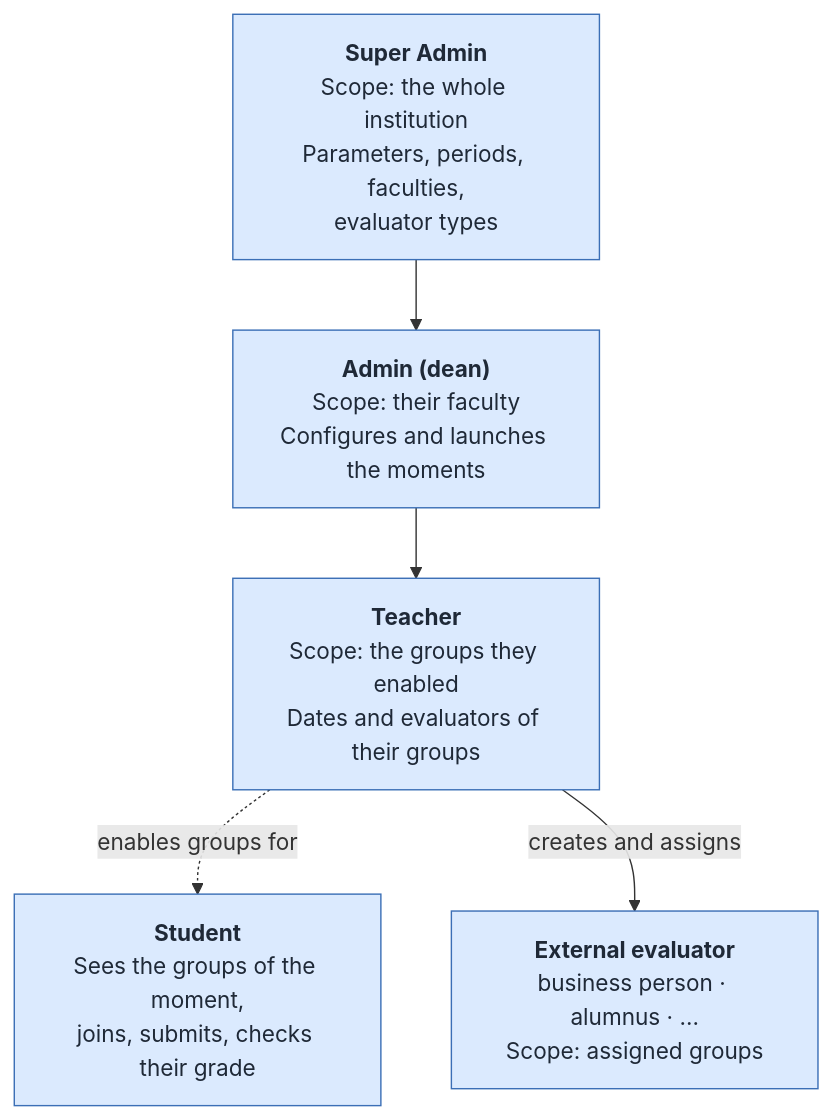
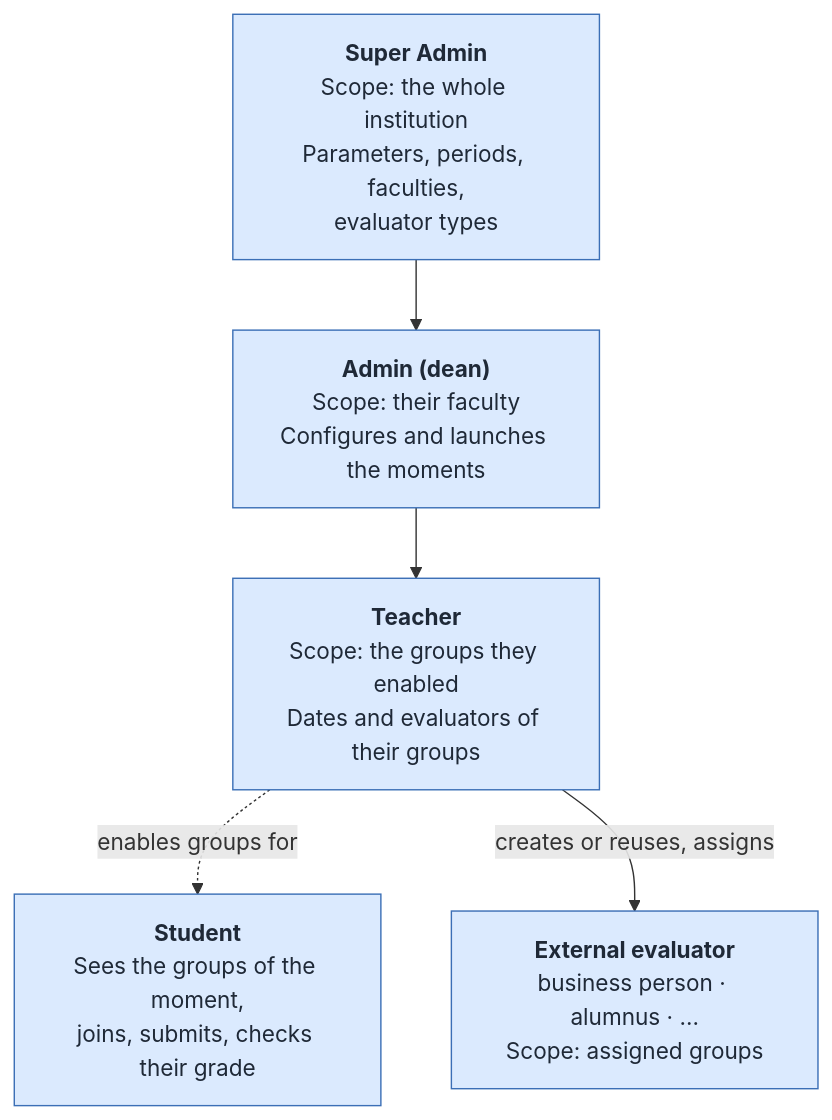
One commit to Oskarsito7/SIERAP changed the fifth of 6 diagrams in docs/diagramas/diagrama_jerarquias.md. Above: the diagram before and after it, drawn with Mermaid. The commit also changed other lines of this file and 12 other files, not shown here.

First line of the commit message:
docs: regenerate the hierarchy and layer diagrams in English

````diff
--- a/docs/diagramas/diagrama_jerarquias.md
+++ b/docs/diagramas/diagrama_jerarquias.md
@@ -169,15 +231,15 @@
 ```mermaid
 flowchart TD
   SA["<b>Super Admin</b><br/>Scope: the whole institution<br/>Parameters, periods, faculties,<br/>evaluator types"]
   AD["<b>Admin (dean)</b><br/>Scope: their faculty<br/>Configures and launches the moments"]
   DC["<b>Teacher</b><br/>Scope: the groups they enabled<br/>Dates and evaluators of their groups"]
   ES["<b>Student</b><br/>Sees the groups of the moment,<br/>joins, submits, checks their grade"]
   EX["<b>External evaluator</b><br/>business person · alumnus · …<br/>Scope: assigned groups"]
 
   SA --> AD --> DC
   DC -. enables groups for .-> ES
-  DC -- creates and assigns --> EX
+  DC -- creates or reuses, assigns --> EX
 
   classDef rol fill:#DBEAFE,stroke:#3B6FB6,color:#1F2937
   class SA,AD,DC,ES,EX rol
 ```
````
